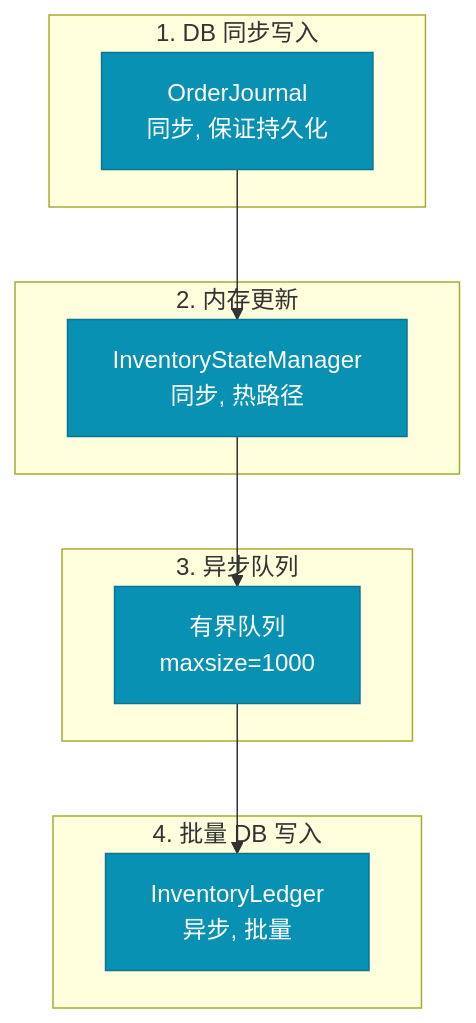
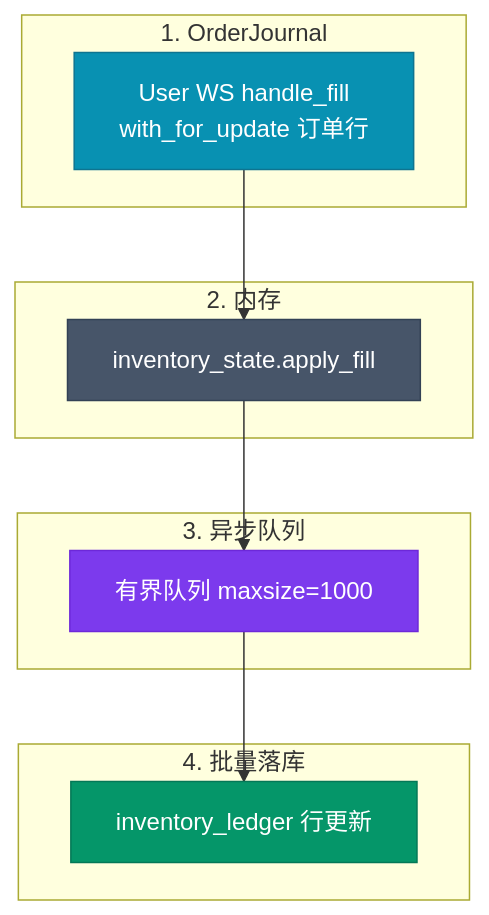
One commit to liu-kaining/PolyMatrixEngine changed the third of 3 diagrams in spec/architecture_diagrams/11_database_erd.md. Above: the diagram before and after it, drawn with Mermaid. The commit also changed other lines of this file and 12 other files, not shown here.

````diff
--- a/spec/architecture_diagrams/11_database_erd.md
+++ b/spec/architecture_diagrams/11_database_erd.md
@@ -210,29 +117,31 @@
 ```mermaid
 %%{init: {'theme': 'base', 'themeVariables': {
   'primaryColor': '#1e3a5f',
   'primaryTextColor': '#ffffff',
   'primaryBorderColor': '#334155',
   'lineColor': '#64748b'
 }}%%
 flowchart TB
-    subgraph Step1["1. DB 同步写入"]
-        A["OrderJournal<br/>同步, 保证持久化"]
+    subgraph Step1["1. OrderJournal"]
+        A["User WS handle_fill<br/>with_for_update 订单行"]
     end
 
-    subgraph Step2["2. 内存更新"]
-        B["InventoryStateManager<br/>同步, 热路径"]
+    subgraph Step2["2. 内存"]
+        B["inventory_state.apply_fill"]
     end
 
     subgraph Step3["3. 异步队列"]
-        C["有界队列<br/>maxsize=1000"]
+        C["有界队列 maxsize=1000"]
     end
 
-    subgraph Step4["4. 批量 DB 写入"]
-        D["InventoryLedger<br/>异步, 批量"]
+    subgraph Step4["4. 批量落库"]
+        D["inventory_ledger 行更新"]
     end
 
     A --> B --> C --> D
 
-    classDef step fill:#0891b2,stroke:#0e7490,color:#fff
-    class A,B,C,D step
+    style A fill:#0891b2,stroke:#0e7490,color:#fff
+    style B fill:#475569,stroke:#334155,color:#fff
+    style C fill:#7c3aed,stroke:#6d28d9,color:#fff
+    style D fill:#059669,stroke:#047857,color:#fff
 ```
````
